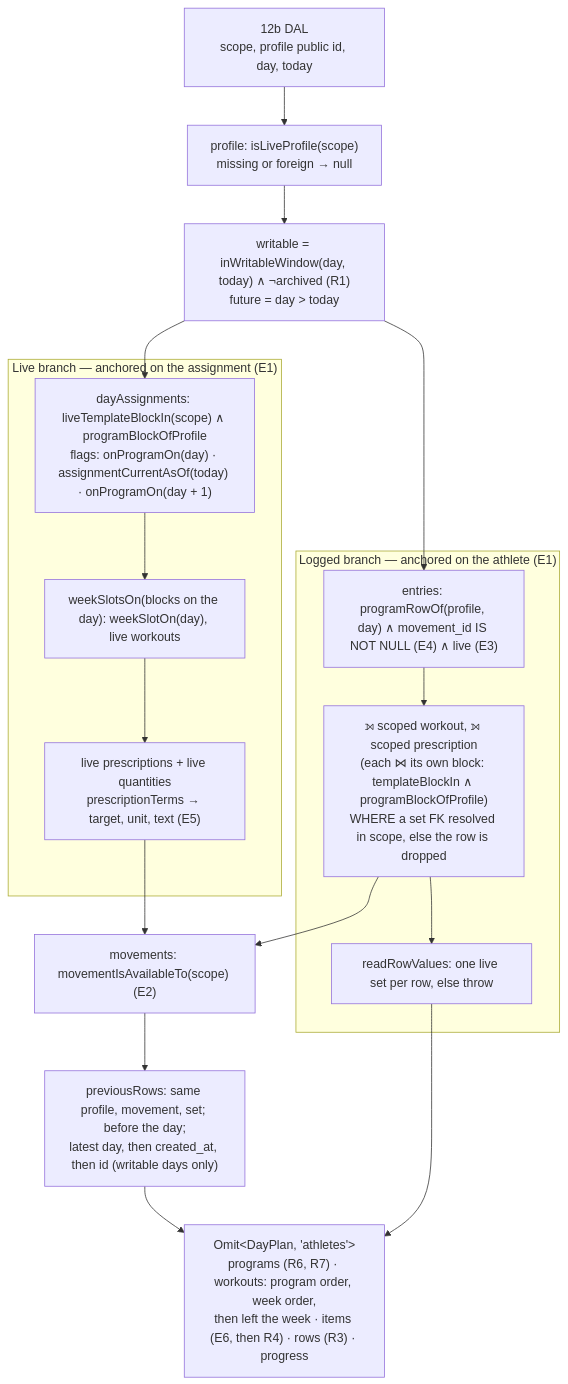
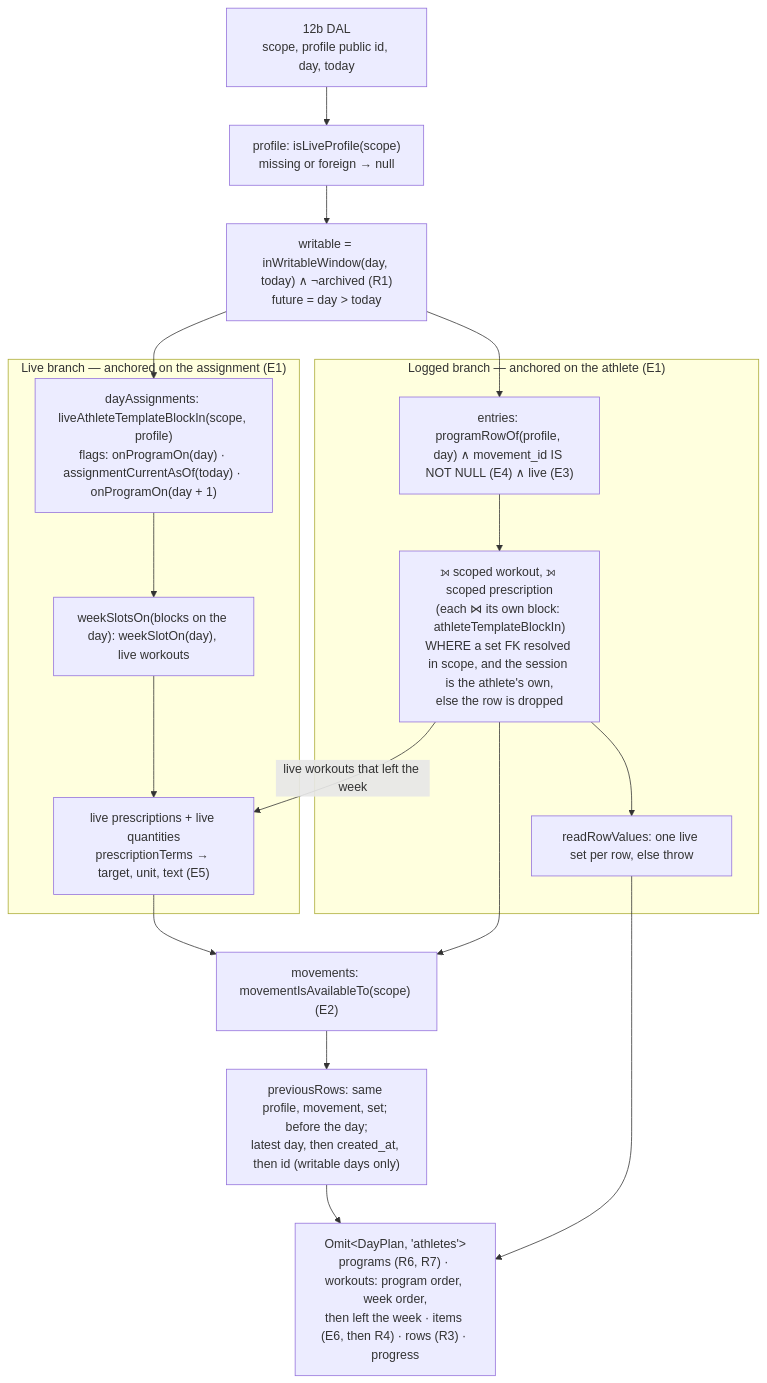
The tenth of 19 diagrams in docs/architecture.md (ralamode/mat-plan), drawn with Mermaid before and after one commit. The commit also changed other lines of this file and 7 other files, not shown here.

````diff
--- a/docs/architecture.md
+++ b/docs/architecture.md
@@ -490,27 +490,28 @@
 ```mermaid
 flowchart TB
   DAL["12b DAL<br/>scope, profile public id, day, today"]
   P["profile: isLiveProfile(scope)<br/>missing or foreign → null"]
   W["writable = inWritableWindow(day, today) ∧ ¬archived (R1)<br/>future = day > today"]
   subgraph LIVE["Live branch — anchored on the assignment (E1)"]
-    A["dayAssignments: liveTemplateBlockIn(scope) ∧ programBlockOfProfile<br/>flags: onProgramOn(day) · assignmentCurrentAsOf(today) · onProgramOn(day + 1)"]
+    A["dayAssignments: liveAthleteTemplateBlockIn(scope, profile)<br/>flags: onProgramOn(day) · assignmentCurrentAsOf(today) · onProgramOn(day + 1)"]
     S["weekSlotsOn(blocks on the day): weekSlotOn(day), live workouts"]
     PR["live prescriptions + live quantities<br/>prescriptionTerms → target, unit, text (E5)"]
   end
   subgraph LOGGED["Logged branch — anchored on the athlete (E1)"]
     E["entries: programRowOf(profile, day) ∧ movement_id IS NOT NULL (E4) ∧ live (E3)"]
-    J["⟕ scoped workout, ⟕ scoped prescription<br/>(each ⋈ its own block: templateBlockIn ∧ programBlockOfProfile)<br/>WHERE a set FK resolved in scope, else the row is dropped"]
+    J["⟕ scoped workout, ⟕ scoped prescription<br/>(each ⋈ its own block: athleteTemplateBlockIn)<br/>WHERE a set FK resolved in scope, and the session is the athlete's own,<br/>else the row is dropped"]
     V["readRowValues: one live set per row, else throw"]
   end
   M["movements: movementIsAvailableTo(scope) (E2)"]
   PV["previousRows: same profile, movement, set; before the day;<br/>latest day, then created_at, then id (writable days only)"]
   OUT["Omit&lt;DayPlan, 'athletes'&gt;<br/>programs (R6, R7) · workouts: program order, week order,<br/>then left the week · items (E6, then R4) · rows (R3) · progress"]
 
   DAL --> P --> W
   W --> A --> S --> PR
   W --> E --> J --> V
+  J -->|"live workouts that left the week"| PR
   PR --> M
   J --> M
   M --> PV --> OUT
   V --> OUT
 ```
````
